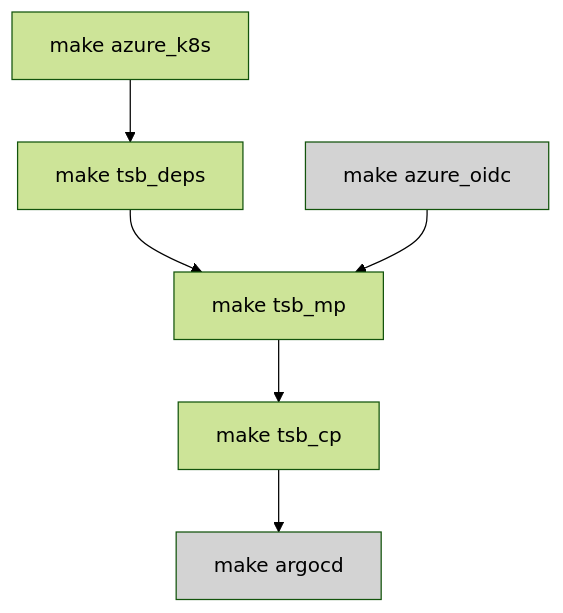
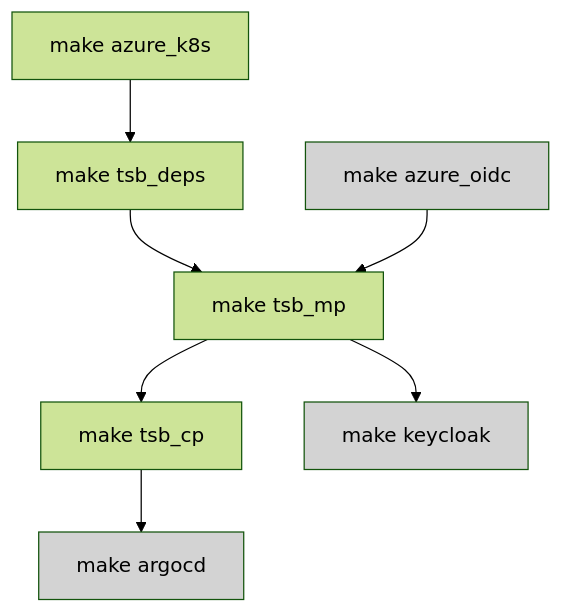
One commit to tetratelabs/tetrate-service-bridge-sandbox changed the diagram in README.md. Above: the diagram before and after it, drawn with Mermaid (forest theme). The commit also changed other lines of this file and 7 other files, not shown here.

````diff
--- a/README.md
+++ b/README.md
@@ -7,10 +7,12 @@
 ```mermaid
   graph TD;
       A[make azure_k8s] --> B[make tsb_deps]
       B[make tsb_deps] --> C[make tsb_mp]
       Y[make azure_oidc] --> C[make tsb_mp]
       C[make tsb_mp] --> D[make tsb_cp]
+      C[make tsb_mp] --> F[make keycloak]
       D[make tsb_cp] --> E[make argocd]
       style Y fill:lightgrey
       style E fill:lightgrey
+      style F fill:lightgrey
 ```
````
